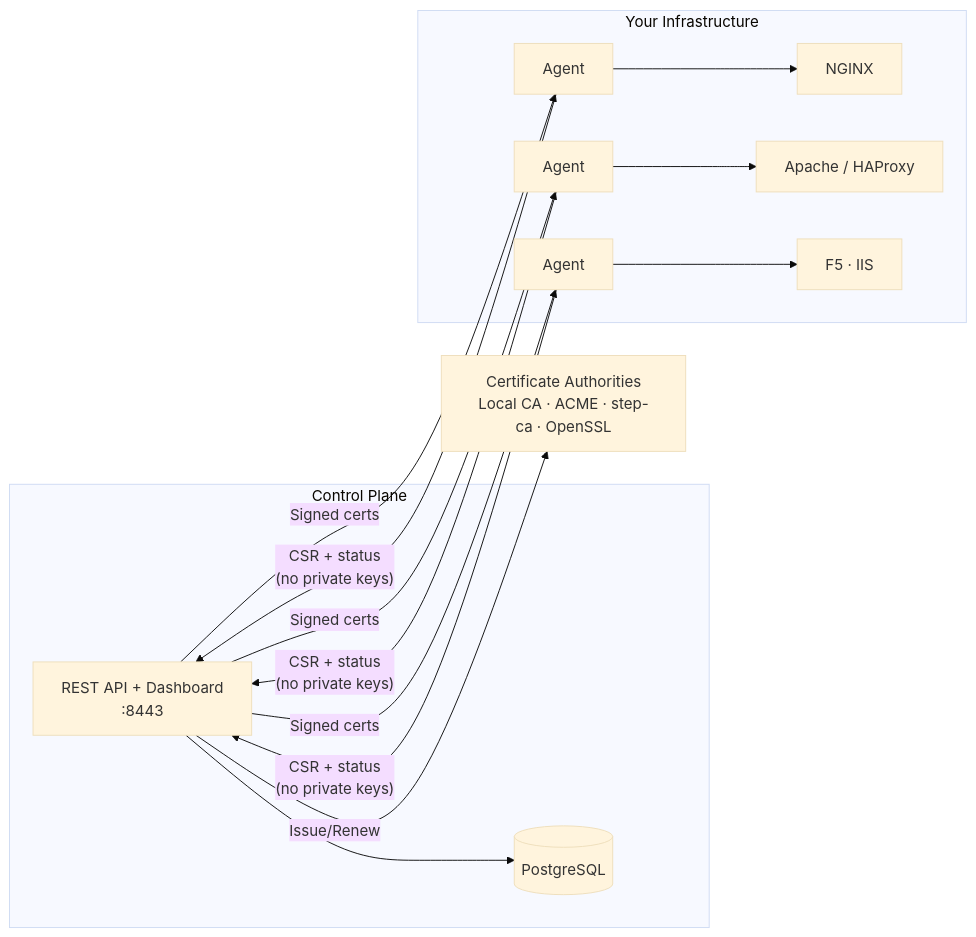
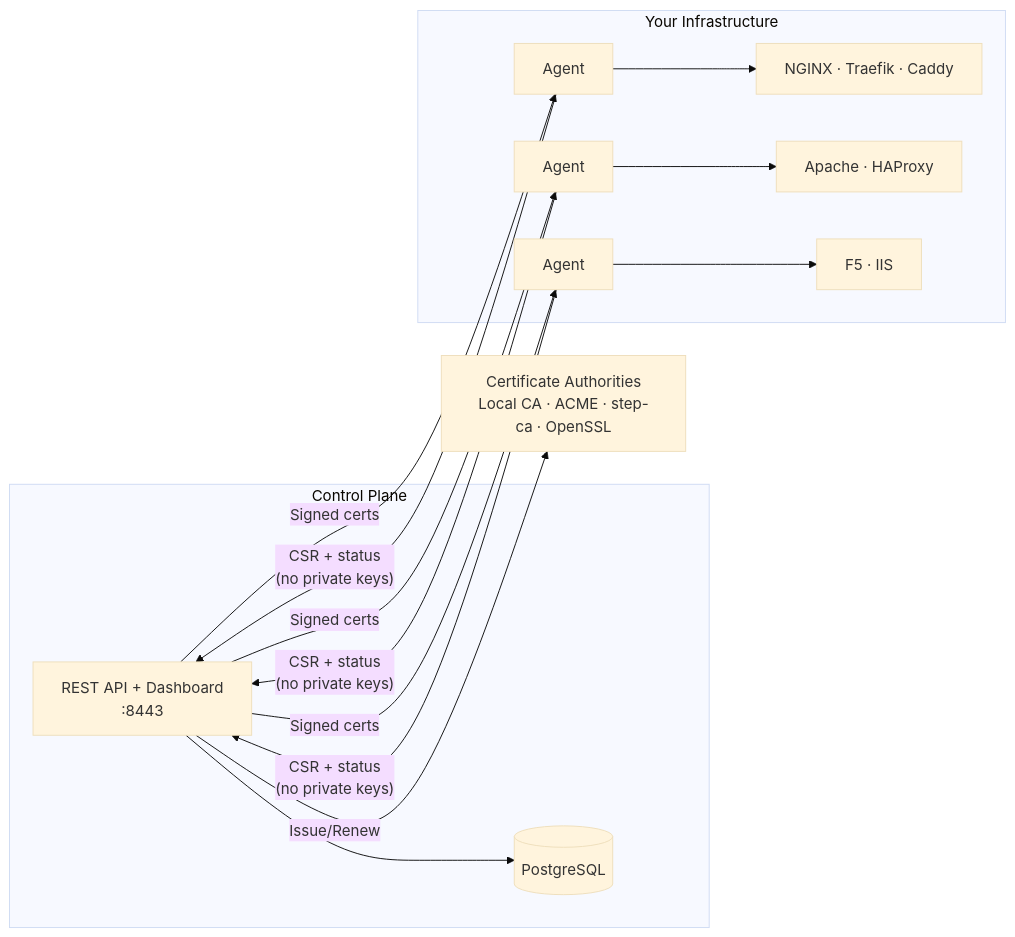
Before and after one commit to certctl-io/certctl: the second of 3 diagrams in README.md, drawn with Mermaid (base theme). The commit also changed other lines of this file, not shown here.

````diff
--- a/README.md
+++ b/README.md
@@ -87,18 +88,18 @@
 ```mermaid
 flowchart LR
     subgraph "Control Plane"
         API["REST API + Dashboard\n:8443"]
         PG[("PostgreSQL")]
     end
 
     subgraph "Your Infrastructure"
-        A1["Agent"] --> T1["NGINX"]
-        A2["Agent"] --> T2["Apache / HAProxy"]
+        A1["Agent"] --> T1["NGINX · Traefik · Caddy"]
+        A2["Agent"] --> T2["Apache · HAProxy"]
         A3["Agent"] --> T3["F5 · IIS"]
     end
 
     API --> PG
     A1 & A2 & A3 -->|"CSR + status\n(no private keys)"| API
     API -->|"Signed certs"| A1 & A2 & A3
     API -->|"Issue/Renew"| CA["Certificate Authorities\nLocal CA · ACME · step-ca · OpenSSL"]
 ```
````
